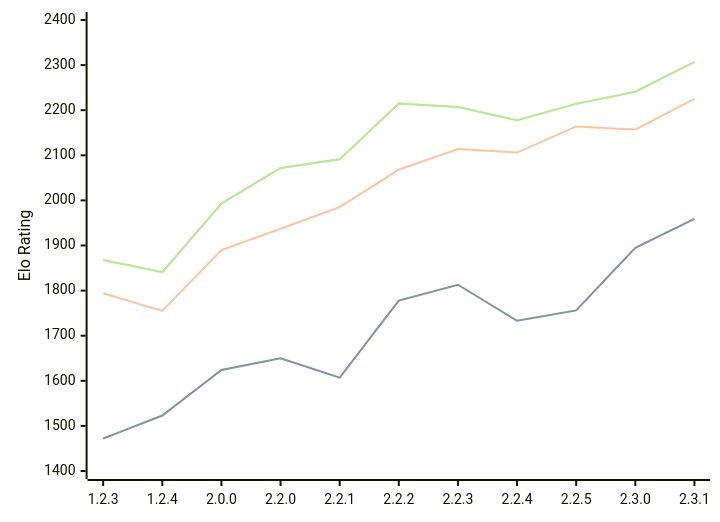
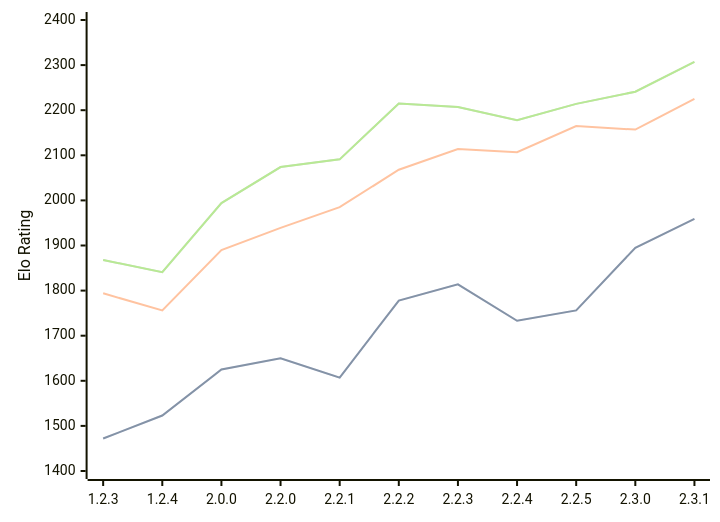
Before and after one commit to computer-chess-index/cci: the diagram in engines/Kreveta.md, drawn with Mermaid. The commit also changed other lines of this file, not shown here.

Commit message:
Update CCI Ratings (ELO VLTC) - 2026-08-29

````diff
--- a/engines/Kreveta.md
+++ b/engines/Kreveta.md
@@ -43,11 +43,11 @@
 ```mermaid
 %%{init: {"theme":"base","themeVariables":{"seriesColors:['#a3a3a3','#222221','#faa371']}}}%%
 xychart-beta
   x-axis ["1.2.3", "1.2.4", "2.0.0", "2.2.0", "2.2.1", "2.2.2", "2.2.3", "2.2.4", "2.2.5", "2.3.0", "2.3.1"]
   y-axis "Elo Rating" 1400 --> 2400
-  line "" [1472, 1523, 1624, 1650, 1607, 1778, 1813, 1733, 1756, 1895, 1959]
-  line "STC (8.0+0.08s)" [1472, 1523, 1624, 1650, 1607, 1778, 1813, 1733, 1756, 1895, 1959]
-  line "LTC (60.0+0.60s)" [1794, 1755, 1890, 1937, 1985, 2068, 2114, 2106, 2164, 2157, 2225]
-  line "" [1868, 1841, 1993, 2072, 2091, 2215, 2207, 2178, 2214, 2241, 2307]
-  line "VLTC (2m24s+1.12s)" [1868, 1841, 1993, 2072, 2091, 2215, 2207, 2178, 2214, 2241, 2307]
+  line "" [1472, 1523, 1625, 1650, 1607, 1778, 1814, 1733, 1756, 1895, 1959]
+  line "STC (8.0+0.08s)" [1472, 1523, 1625, 1650, 1607, 1778, 1814, 1733, 1756, 1895, 1959]
+  line "LTC (60.0+0.60s)" [1794, 1756, 1890, 1939, 1985, 2068, 2114, 2107, 2165, 2157, 2225]
+  line "" [1868, 1841, 1994, 2074, 2091, 2215, 2207, 2178, 2214, 2241, 2307]
+  line "VLTC (2m24s+1.12s)" [1868, 1841, 1994, 2074, 2091, 2215, 2207, 2178, 2214, 2241, 2307]
 ```
````
